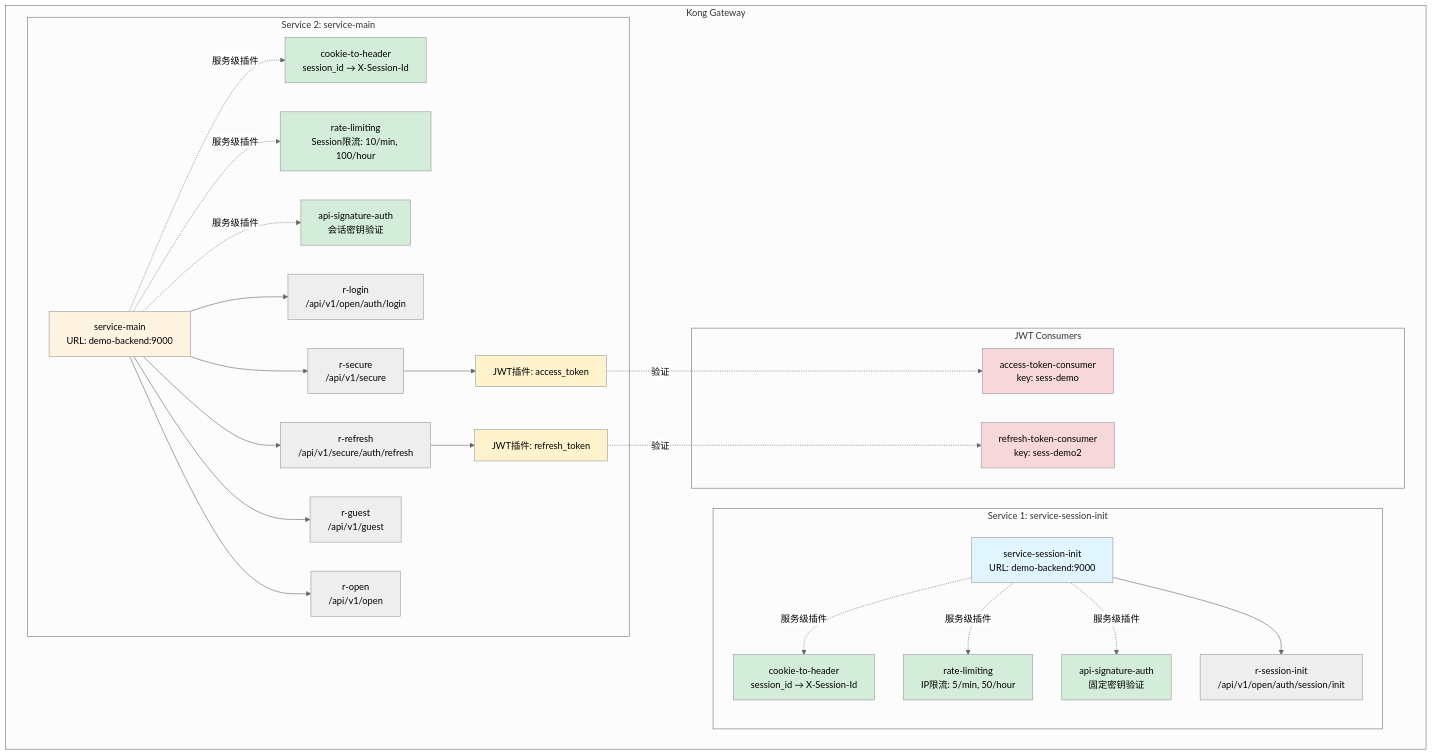
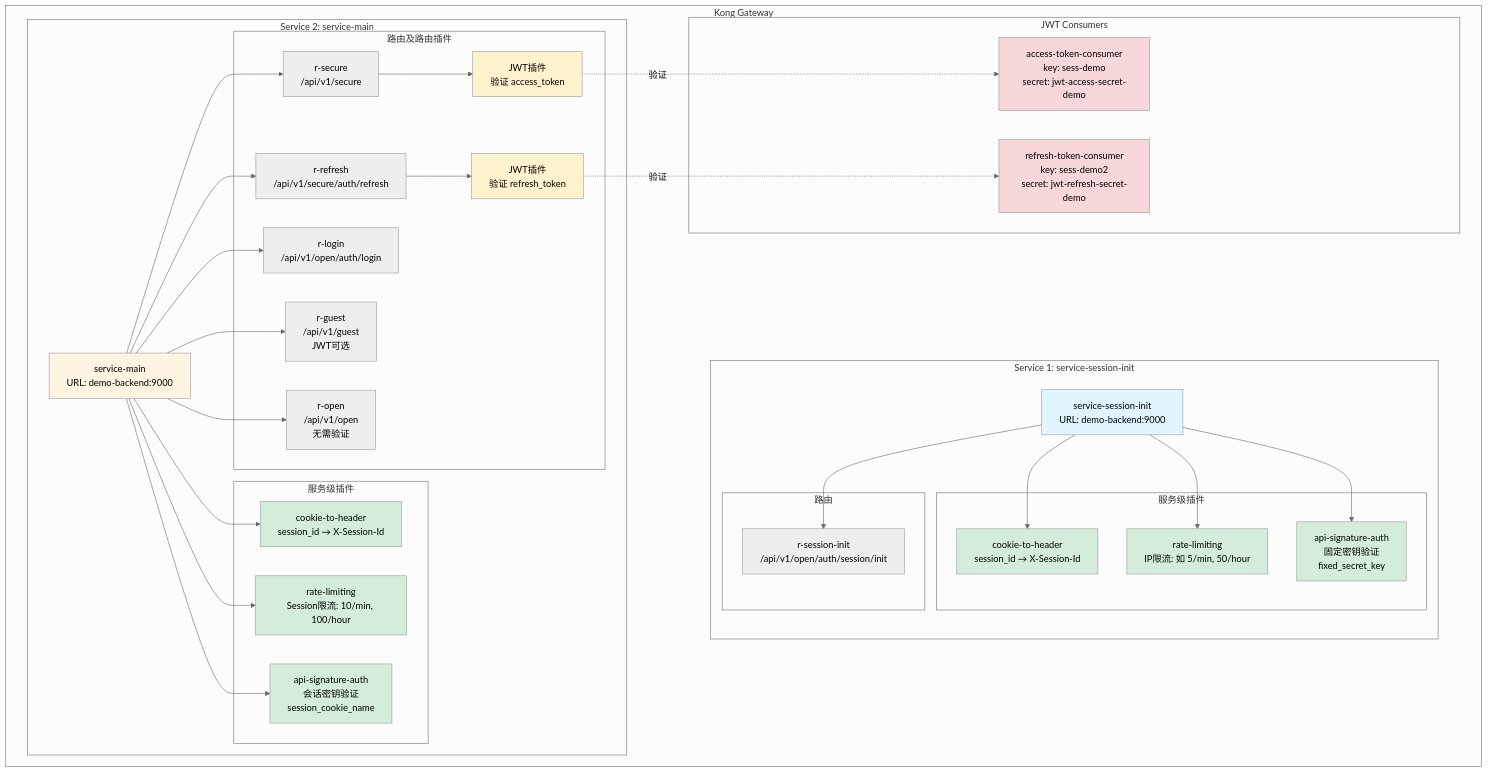
The diagram in all/未命名-8.md (yingjianzh/iodraw-files), drawn with Mermaid (neutral theme) before and after one commit.

Commit message:
2025-12-10 09:46:10 update

````diff
--- a/all/未命名-8.md
+++ b/all/未命名-8.md
@@ -1,64 +1,82 @@
 ```mermaid
+
 graph TB
-    subgraph Kong["Kong Gateway"]
-        subgraph Service1["Service 1: service-session-init"]
+    subgraph "Kong Gateway"
+        subgraph "Service 1: service-session-init"
             S1[service-session-init<br/>URL: demo-backend:9000]
-            S1P1[cookie-to-header<br/>session_id → X-Session-Id]
-            S1P2[rate-limiting<br/>IP限流: 5/min, 50/hour]
-            S1P3[api-signature-auth<br/>固定密钥验证]
-            R1[r-session-init<br/>/api/v1/open/auth/session/init]
+            
+            subgraph "服务级插件"
+                S1P1[cookie-to-header<br/>session_id → X-Session-Id]
+                S1P2[rate-limiting<br/>IP限流: 如 5/min, 50/hour]
+                S1P3[api-signature-auth<br/>固定密钥验证<br/>fixed_secret_key]
+            end
+            
+            subgraph "路由"
+                R1[r-session-init<br/>/api/v1/open/auth/session/init]
+            end
+            
+            S1 --> S1P1
+            S1 --> S1P2
+            S1 --> S1P3
+            S1 --> R1
         end
         
-        subgraph Service2["Service 2: service-main"]
+        subgraph "Service 2: service-main"
             S2[service-main<br/>URL: demo-backend:9000]
-            S2P1[cookie-to-header<br/>session_id → X-Session-Id]
-            S2P2[rate-limiting<br/>Session限流: 10/min, 100/hour]
-            S2P3[api-signature-auth<br/>会话密钥验证]
             
-            R2[r-login<br/>/api/v1/open/auth/login]
-            R3[r-refresh<br/>/api/v1/secure/auth/refresh]
-            R3P1[JWT插件: refresh_token]
-            R4[r-secure<br/>/api/v1/secure]
-            R4P1[JWT插件: access_token]
-            R5[r-guest<br/>/api/v1/guest]
-            R6[r-open<br/>/api/v1/open]
+            subgraph "服务级插件 "
+                S2P1[cookie-to-header<br/>session_id → X-Session-Id]
+                S2P2[rate-limiting<br/>Session限流: 10/min, 100/hour]
+                S2P3[api-signature-auth<br/>会话密钥验证<br/>session_cookie_name]
+            end
+            
+            subgraph "路由及路由插件"
+                R2[r-login<br/>/api/v1/open/auth/login]
+                
+                R3[r-refresh<br/>/api/v1/secure/auth/refresh]
+                R3P1[JWT插件<br/>验证 refresh_token]
+                
+                R4[r-secure<br/>/api/v1/secure]
+                R4P1[JWT插件<br/>验证 access_token]
+                
+                R5[r-guest<br/>/api/v1/guest<br/>JWT可选]
+                
+                R6[r-open<br/>/api/v1/open<br/>无需验证]
+                
+                R3 --> R3P1
+                R4 --> R4P1
+            end
+            
+            S2 --> S2P1
+            S2 --> S2P2
+            S2 --> S2P3
+            S2 --> R2
+            S2 --> R3
+            S2 --> R4
+            S2 --> R5
+            S2 --> R6
         end
         
-        subgraph Consumers["JWT Consumers"]
-            C1[access-token-consumer<br/>key: sess-demo]
-            C2[refresh-token-consumer<br/>key: sess-demo2]
+        subgraph "JWT Consumers"
+            C1[access-token-consumer<br/>key: sess-demo<br/>secret: jwt-access-secret-demo]
+            C2[refresh-token-consumer<br/>key: sess-demo2<br/>secret: jwt-refresh-secret-demo]
         end
+        
+        R3P1 -.验证.-> C2
+        R4P1 -.验证.-> C1
     end
-    
-    S1 -.服务级插件.-> S1P1
-    S1 -.服务级插件.-> S1P2
-    S1 -.服务级插件.-> S1P3
-    S1 --> R1
-    
-    S2 -.服务级插件.-> S2P1
-    S2 -.服务级插件.-> S2P2
-    S2 -.服务级插件.-> S2P3
-    S2 --> R2
-    S2 --> R3
-    S2 --> R4
-    S2 --> R5
-    S2 --> R6
-    
-    R3 --> R3P1
-    R4 --> R4P1
-    R3P1 -.验证.-> C2
-    R4P1 -.验证.-> C1
     
     style S1 fill:#e1f5ff
     style S2 fill:#fff4e1
     style S1P1 fill:#d4edda
     style S1P2 fill:#d4edda
     style S1P3 fill:#d4edda
     style S2P1 fill:#d4edda
     style S2P2 fill:#d4edda
     style S2P3 fill:#d4edda
     style R3P1 fill:#fff3cd
     style R4P1 fill:#fff3cd
     style C1 fill:#f8d7da
     style C2 fill:#f8d7da
+
 ```
````
